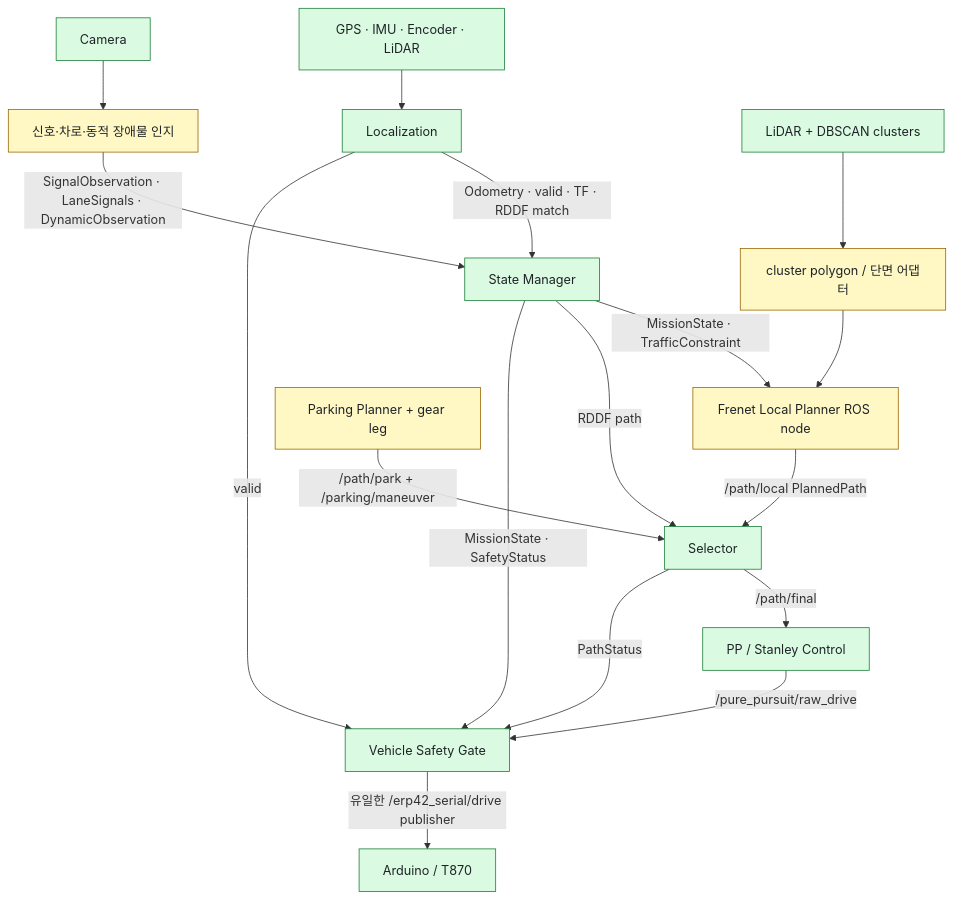
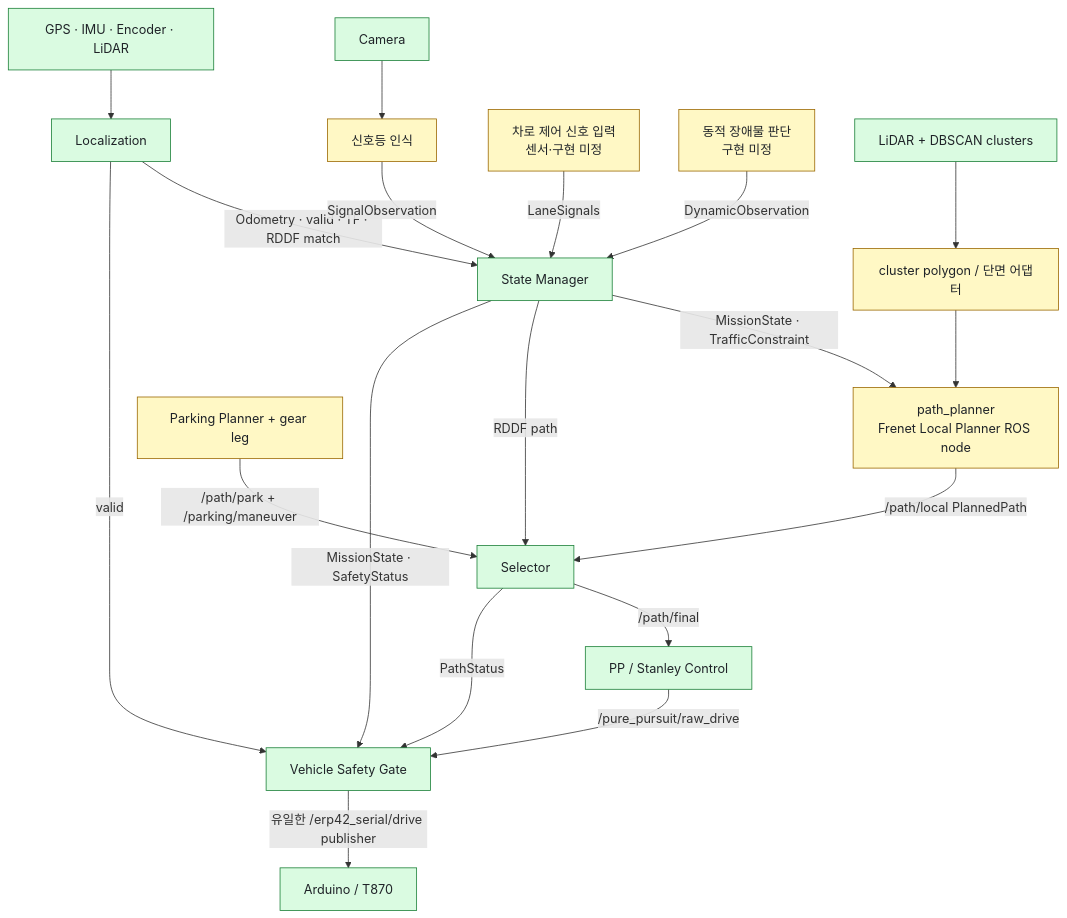
Before and after one commit to Team-Stier/HL-FMA-1-5-2026: the third of 3 diagrams in docs/architecture.md, drawn with Mermaid. The commit also changed other lines of this file and 27 other files, not shown here.

Commit message:
Refine path planning architecture

````diff
--- a/docs/architecture.md
+++ b/docs/architecture.md
@@ -231,22 +231,24 @@
 ```mermaid
 flowchart TB
     classDef ready fill:#dafbe1,stroke:#1a7f37,color:#1f2328
     classDef todo fill:#fff8c5,stroke:#9a6700,color:#1f2328
 
     SENSORS[GPS · IMU · Encoder · LiDAR]:::ready --> LOC[Localization]:::ready
-    CAMERA[Camera]:::ready --> PERCEPTION[신호·차로·동적 장애물 인지]:::todo
+    CAMERA[Camera]:::ready --> TRAFFIC[신호등 인식]:::todo
     LOC -->|Odometry · valid · TF · RDDF match| MISSION[State Manager]:::ready
-    PERCEPTION -->|SignalObservation · LaneSignals · DynamicObservation| MISSION
+    TRAFFIC -->|SignalObservation| MISSION
+    LANEOBS[차로 제어 신호 입력<br/>센서·구현 미정]:::todo -->|LaneSignals| MISSION
+    DYNAMIC[동적 장애물 판단<br/>구현 미정]:::todo -->|DynamicObservation| MISSION
     LIDAR[LiDAR + DBSCAN clusters]:::ready --> ADAPTER[cluster polygon / 단면 어댑터]:::todo
-    ADAPTER --> PLANNER[Frenet Local Planner ROS node]:::todo
+    ADAPTER --> PLANNER[path_planner<br/>Frenet Local Planner ROS node]:::todo
     MISSION -->|MissionState · TrafficConstraint| PLANNER
     MISSION -->|RDDF path| SELECTOR[Selector]:::ready
     PLANNER -->|/path/local PlannedPath| SELECTOR
     PARKING[Parking Planner + gear leg]:::todo -->|/path/park + /parking/maneuver| SELECTOR
     SELECTOR -->|/path/final| CONTROL[PP / Stanley Control]:::ready
     CONTROL -->|/pure_pursuit/raw_drive| GATE[Vehicle Safety Gate]:::ready
     MISSION -->|MissionState · SafetyStatus| GATE
     SELECTOR -->|PathStatus| GATE
     LOC -->|valid| GATE
     GATE -->|유일한 /erp42_serial/drive publisher| VEHICLE[Arduino / T870]:::ready
 ```
````
